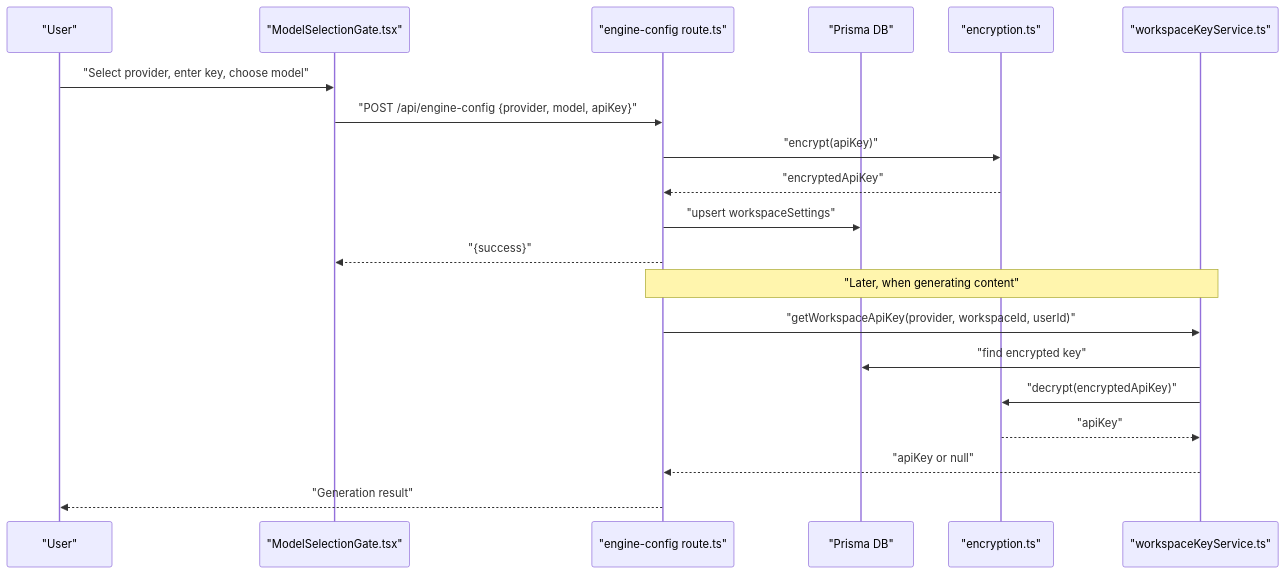
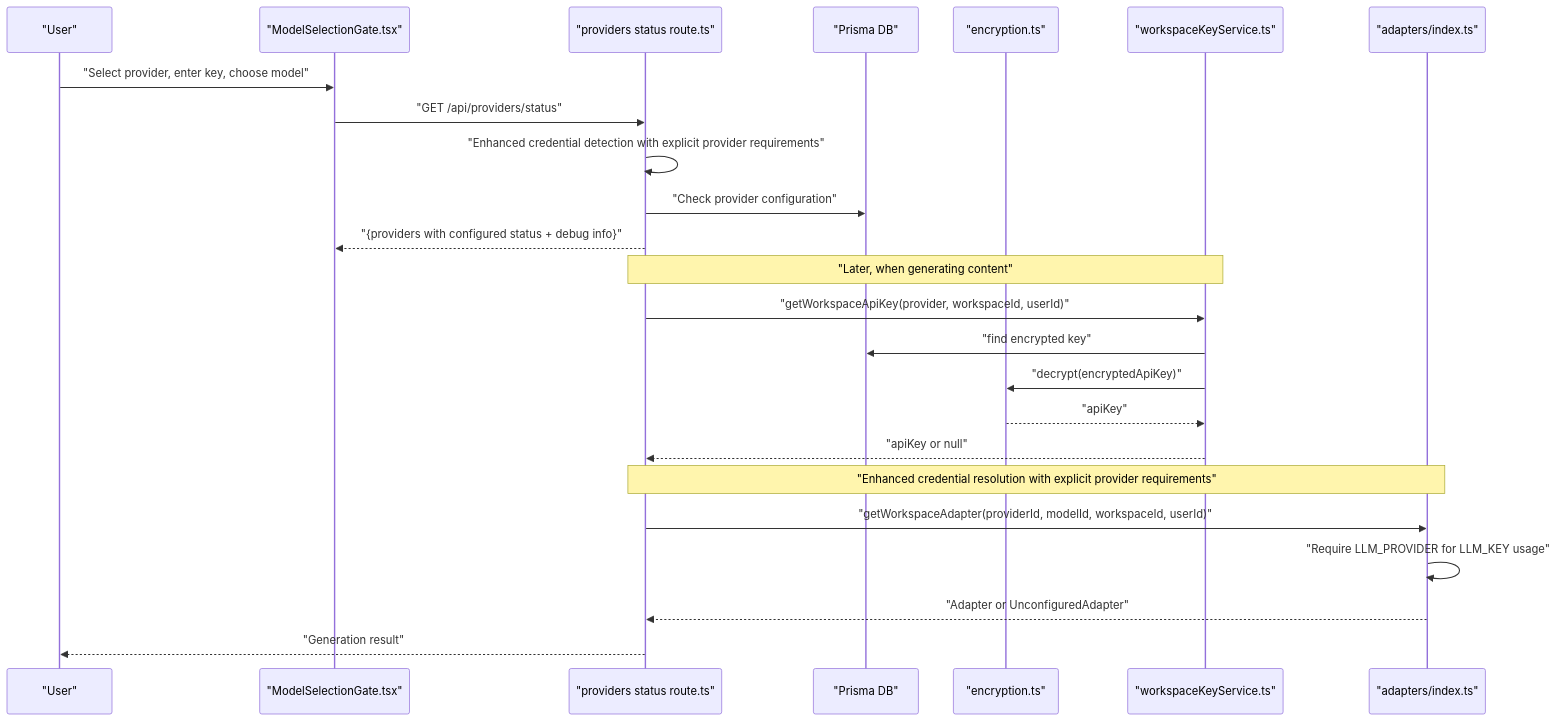
The second of 11 diagrams in .qoder/repowiki/en/content/AI Generation Engine/AI Provider Adapters/Configuration & Authentication Management.md (shekhargiri005-dotcom/AI-powered-accessibility-first-UI-engine), drawn with Mermaid before and after one commit. The commit also changed other lines of this file and 20 other files, not shown here.

Commit message:
Remove Vision check/Final Round - unused, saves API costs and pipeline time

````diff
--- a/.qoder/repowiki/en/content/AI Generation Engine/AI Provider Adapters/Configuration & Authentication Management.md
+++ b/.qoder/repowiki/en/content/AI Generation Engine/AI Provider Adapters/Configuration & Authentication Management.md
@@ -101,22 +106,26 @@
 ```mermaid
 sequenceDiagram
 participant User as "User"
 participant UI as "ModelSelectionGate.tsx"
-participant API as "engine-config route.ts"
+participant API as "providers status route.ts"
 participant DB as "Prisma DB"
 participant ENC as "encryption.ts"
 participant WKS as "workspaceKeyService.ts"
+participant ADP as "adapters/index.ts"
 User->>UI : "Select provider, enter key, choose model"
-UI->>API : "POST /api/engine-config {provider, model, apiKey}"
-API->>ENC : "encrypt(apiKey)"
-ENC-->>API : "encryptedApiKey"
-API->>DB : "upsert workspaceSettings"
-API-->>UI : "{success}"
+UI->>API : "GET /api/providers/status"
+API->>API : "Enhanced credential detection with explicit provider requirements"
+API->>DB : "Check provider configuration"
+API-->>UI : "{providers with configured status + debug info}"
 Note over API,WKS : "Later, when generating content"
 API->>WKS : "getWorkspaceApiKey(provider, workspaceId, userId)"
 WKS->>DB : "find encrypted key"
 WKS->>ENC : "decrypt(encryptedApiKey)"
 ENC-->>WKS : "apiKey"
 WKS-->>API : "apiKey or null"
+Note over API,ADP : "Enhanced credential resolution with explicit provider requirements"
+API->>ADP : "getWorkspaceAdapter(providerId, modelId, workspaceId, userId)"
+ADP->>ADP : "Require LLM_PROVIDER for LLM_KEY usage"
+ADP-->>API : "Adapter or UnconfiguredAdapter"
 API-->>User : "Generation result"
 ```
````
